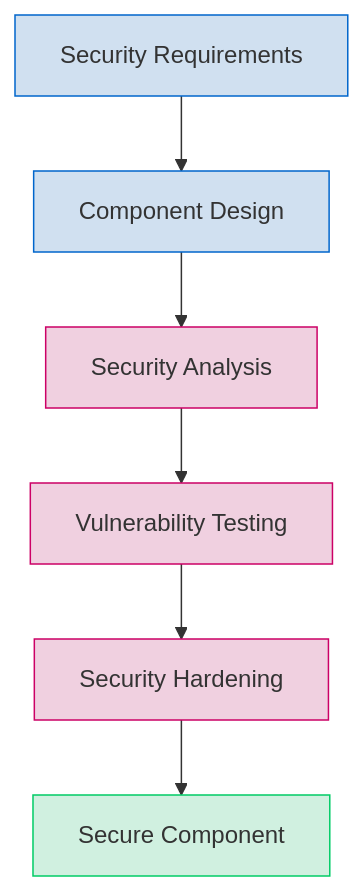
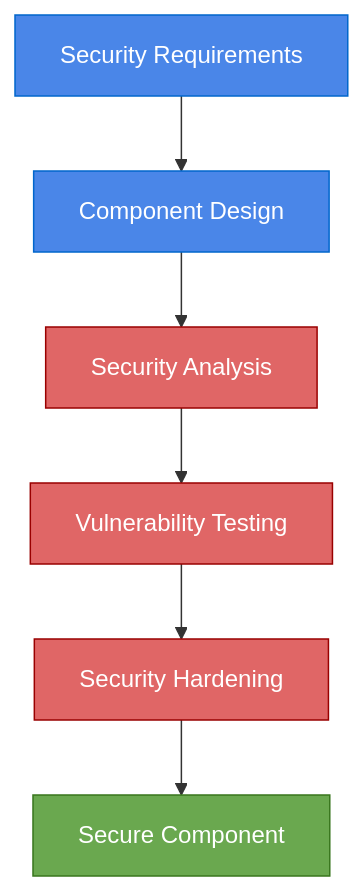
One commit to hungmanhdo/componentcraft_ai changed diagram 21 of 27 in advance.md. Above: the diagram before and after it, drawn with Mermaid. The commit also changed other lines of this file and 1 other file, not shown here.

Commit message:
Update style of charts

````diff
--- a/advance.md
+++ b/advance.md
@@ -770,15 +770,15 @@
 ```mermaid
 graph TD
     A[Security Requirements] --> B[Component Design]
     B --> C[Security Analysis]
     C --> D[Vulnerability Testing]
     D --> E[Security Hardening]
     E --> F[Secure Component]
 
-    style A fill:#d0e0f0,stroke:#0066cc
-    style B fill:#d0e0f0,stroke:#0066cc
-    style C fill:#f0d0e0,stroke:#cc0066
-    style D fill:#f0d0e0,stroke:#cc0066
-    style E fill:#f0d0e0,stroke:#cc0066
-    style F fill:#d0f0e0,stroke:#00cc66
+    style A fill:#4a86e8,stroke:#0066cc,color:#ffffff
+    style B fill:#4a86e8,stroke:#0066cc,color:#ffffff
+    style C fill:#e06666,stroke:#990000,color:#ffffff
+    style D fill:#e06666,stroke:#990000,color:#ffffff
+    style E fill:#e06666,stroke:#990000,color:#ffffff
+    style F fill:#6aa84f,stroke:#38761d,color:#ffffff
 ```
````
